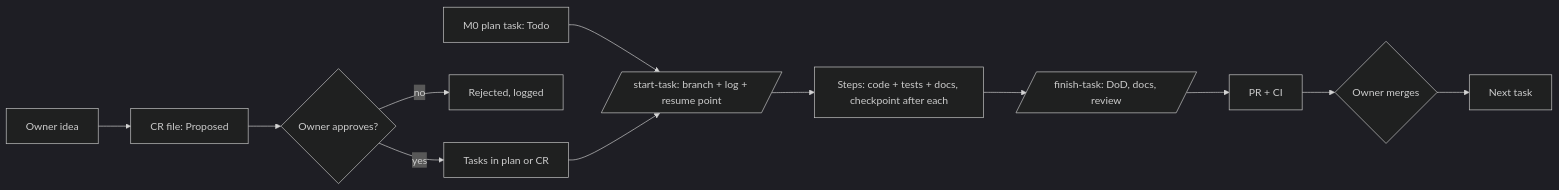
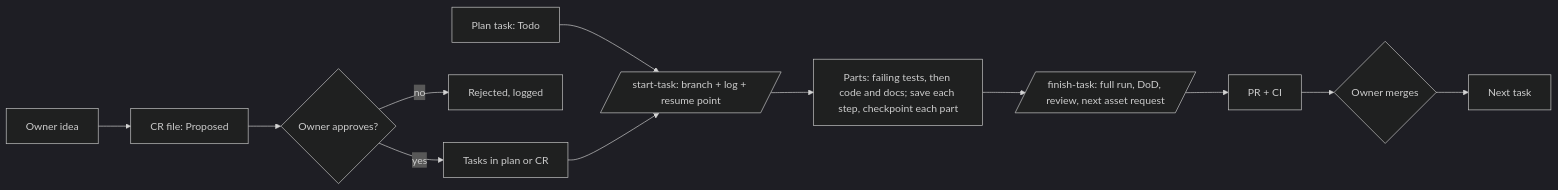
The diagram in core-instructions/11-workflow.md (Samurai-netizen/citybuild), drawn with Mermaid (dark theme) before and after one commit. The commit also changed other lines of this file and 76 other files, not shown here.

First line of the commit message:
feat(M0-A): balance report, content graph rules, content mvp-3 (#98)

````diff
--- a/core-instructions/11-workflow.md
+++ b/core-instructions/11-workflow.md
@@ -5,12 +5,12 @@
 ```mermaid
 flowchart LR
   I[Owner idea] --> CR[CR file: Proposed] --> A{Owner approves?}
   A -- yes --> T[Tasks in plan or CR]
   A -- no --> X[Rejected, logged]
-  P[M0 plan task: Todo] --> S
+  P[Plan task: Todo] --> S
   T --> S[/start-task: branch + log + resume point/]
-  S --> W[Steps: code + tests + docs, checkpoint after each]
-  W --> F[/finish-task: DoD, docs, review/]
+  S --> W[Parts: failing tests, then code and docs; save each step, checkpoint each part]
+  W --> F[/finish-task: full run, DoD, review, next asset request/]
   F --> PR[PR + CI] --> M{Owner merges}
   M --> N[Next task]
 ```
````
